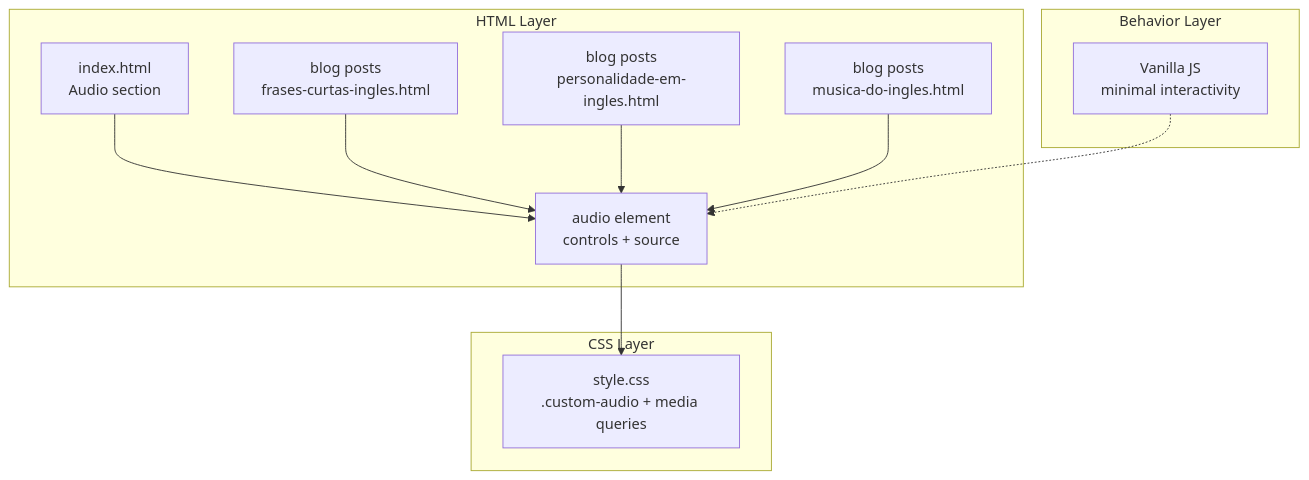
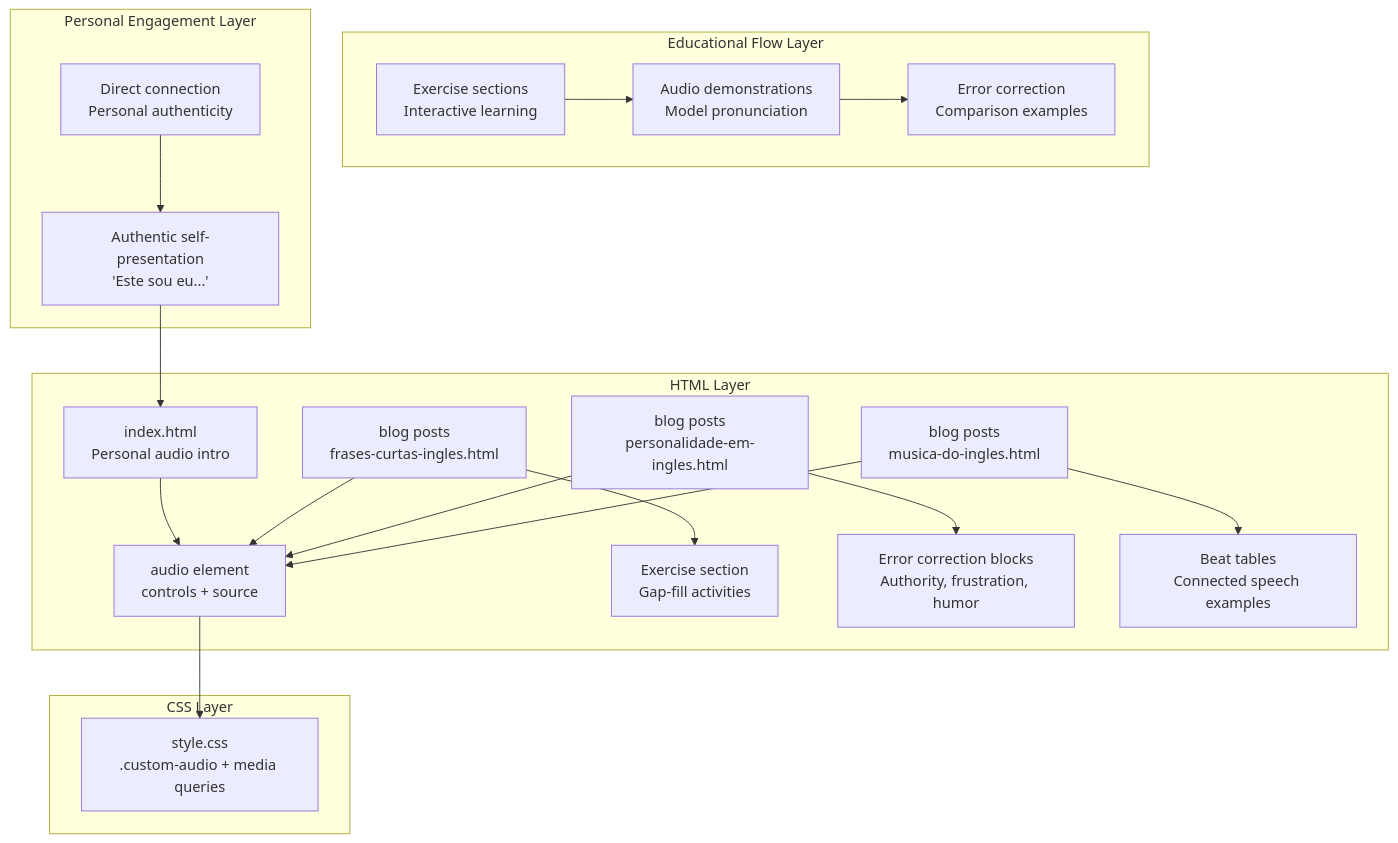
The second of 7 diagrams in .qoder/repowiki/en/content/Core Features/Audio Pronunciation System.md (lynchip/graduates), drawn with Mermaid before and after one commit. The commit also changed other lines of this file and 12 other files, not shown here.

````diff
--- a/.qoder/repowiki/en/content/Core Features/Audio Pronunciation System.md
+++ b/.qoder/repowiki/en/content/Core Features/Audio Pronunciation System.md
@@ -90,17 +108,29 @@
 ```mermaid
 graph TB
 subgraph "HTML Layer"
-H1["index.html<br/>Audio section"] --> H2["audio element<br/>controls + source"]
-H3["blog posts<br/>frases-curtas-ingles.html"] --> H2
-H4["blog posts<br/>personalidade-em-ingles.html"] --> H2
-H5["blog posts<br/>musica-do-ingles.html"] --> H2
+H1["index.html<br/>Personal audio intro"] --> H2["audio element<br/>controls + source"]
+H3["blog posts<br/>frases-curtas-ingles.html"] --> H4["Exercise section<br/>Gap-fill activities"]
+H3 --> H2
+H5["blog posts<br/>personalidade-em-ingles.html"] --> H6["Error correction blocks<br/>Authority, frustration, humor"]
+H5 --> H2
+H7["blog posts<br/>musica-do-ingles.html"] --> H8["Beat tables<br/>Connected speech examples"]
+H7 --> H2
 end
 subgraph "CSS Layer"
 S1["style.css<br/>.custom-audio + media queries"]
 end
-subgraph "Behavior Layer"
-J1["Vanilla JS<br/>minimal interactivity"]
+subgraph "Educational Flow Layer"
+E1["Exercise sections<br/>Interactive learning"]
+E2["Audio demonstrations<br/>Model pronunciation"]
+E3["Error correction<br/>Comparison examples"]
+end
+subgraph "Personal Engagement Layer"
+P1["Authentic self-presentation<br/>'Este sou eu...'"]
+P2["Direct connection<br/>Personal authenticity"]
 end
 H2 --> S1
-J1 -.-> H2
+E1 --> E2
+E2 --> E3
+P1 --> H1
+P2 --> P1
 ```
````
